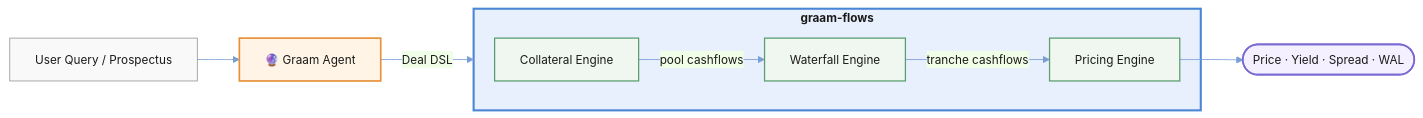
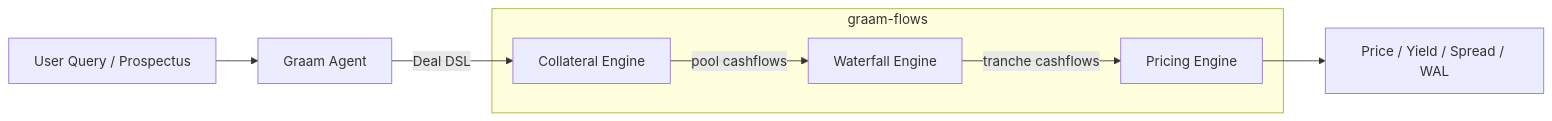
Before and after one commit to GraamOrg/graam-flows: the diagram in README.md, drawn with Mermaid.

Commit message:
Simplify README mermaid diagram
Simplify the Mermaid flow diagram in README.md by removing the custom theme/init and class definitions, stripping the agent emoji and styling, renaming/reorganizing nodes (use D and subgraph 'graam-flows' instead of GF), and simplifying node labels and output formatting. This reduces styling complexity and improves diagram readability and compatibility.

````diff
--- a/README.md
+++ b/README.md
@@ -35,26 +35,10 @@
 ```mermaid
-%%{init: {'theme': 'base', 'themeVariables': {
-  'primaryColor': '#e8f0fe',
-  'primaryBorderColor': '#4a86d4',
-  'primaryTextColor': '#1a1a1a',
-  'lineColor': '#7a9ed4',
-  'fontSize': '14px'
-}}}%%
 graph LR
-    Input["User Query / Prospectus"]:::input --> Agent["🔮 Graam Agent"]:::agent
-    Agent -->|"Deal DSL"| GF
-
-    subgraph GF["graam-flows"]
-        D["Collateral Engine"]:::core -->|"pool cashflows"| E["Waterfall Engine"]:::core
-        E -->|"tranche cashflows"| F["Pricing Engine"]:::core
+    Input["User Query / Prospectus"] --> Agent["Graam Agent"]
+    Agent -->|Deal DSL| D
+    subgraph graam-flows
+        D["Collateral Engine"] -->|pool cashflows| E["Waterfall Engine"]
+        E -->|tranche cashflows| F["Pricing Engine"]
     end
-    GF:::engine
-
-    F --> Output(["Price · Yield · Spread · WAL"]):::output
-
-    classDef input fill:#f9f9f9,stroke:#999,stroke-width:1px,color:#1a1a1a
-    classDef agent fill:#fff4e6,stroke:#e8913a,stroke-width:2px,color:#1a1a1a
-    classDef engine fill:#e8f0fe,stroke:#4a86d4,stroke-width:2.5px,color:#1a1a1a,font-weight:bold
-    classDef core fill:#f0f7f0,stroke:#5a9e6f,stroke-width:1.5px,color:#1a1a1a
-    classDef output fill:#f5f0ff,stroke:#7a6ad4,stroke-width:2px,color:#1a1a1a
+    F --> Output["Price / Yield / Spread / WAL"]
 ```
````
